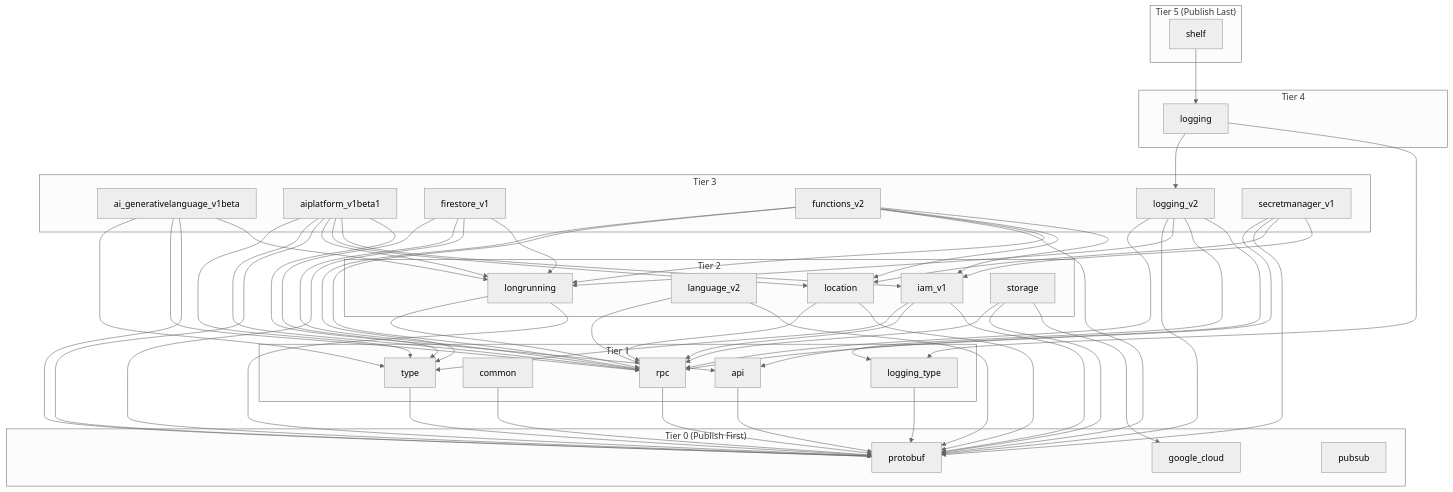
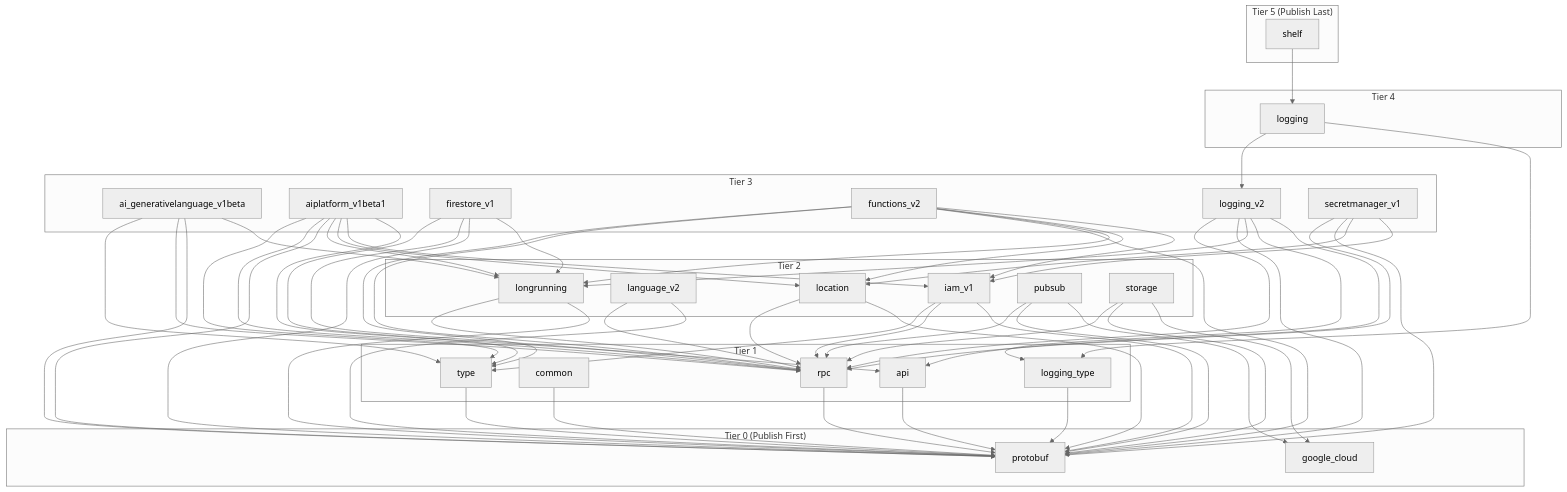
The diagram in DEVELOPER_GUIDE.md (googleapis/google-cloud-dart), drawn with Mermaid (neutral theme) before and after one commit. The commit also changed 12 other files, not shown here.

```diff
--- a/DEVELOPER_GUIDE.md
+++ b/DEVELOPER_GUIDE.md
@@ -17,7 +17,6 @@
   subgraph Tier0 ["Tier 0 (Publish First)"]
     google_cloud["google_cloud"]
     google_cloud_protobuf["protobuf"]
-    google_cloud_pubsub["pubsub"]
   end
 
   subgraph Tier1 ["Tier 1"]
@@ -33,6 +32,7 @@
     google_cloud_language_v2["language_v2"]
     google_cloud_location["location"]
     google_cloud_longrunning["longrunning"]
+    google_cloud_pubsub["pubsub"]
     google_cloud_storage["storage"]
   end
 
@@ -93,6 +93,9 @@
   google_cloud_logging_v2 --> google_cloud_rpc
   google_cloud_longrunning --> google_cloud_protobuf
   google_cloud_longrunning --> google_cloud_rpc
+  google_cloud_pubsub --> google_cloud
+  google_cloud_pubsub --> google_cloud_protobuf
+  google_cloud_pubsub --> google_cloud_rpc
   google_cloud_rpc --> google_cloud_protobuf
   google_cloud_secretmanager_v1 --> google_cloud_iam_v1
   google_cloud_secretmanager_v1 --> google_cloud_location
```
